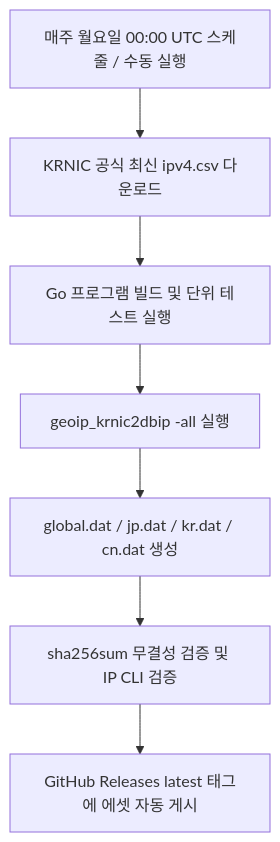
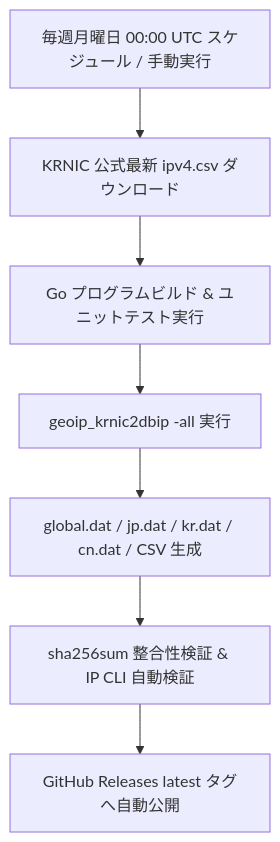
The diagram in README.md (elmitash/geoip_krnic2dbip), drawn with Mermaid before and after one commit. The commit also changed other lines of this file and 1 other file, not shown here.

````diff
--- a/README.md
+++ b/README.md
@@ -230,9 +240,9 @@
 ```mermaid
 graph TD
-    A[매주 월요일 00:00 UTC 스케줄 / 수동 실행] --> B[KRNIC 공식 최신 ipv4.csv 다운로드]
-    B --> C[Go 프로그램 빌드 및 단위 테스트 실행]
-    C --> D[geoip_krnic2dbip -all 실행]
-    D --> E[global.dat / jp.dat / kr.dat / cn.dat 생성]
-    E --> F[sha256sum 무결성 검증 및 IP CLI 검증]
-    F --> G[GitHub Releases latest 태그에 에셋 자동 게시]
+    A[毎週月曜日 00:00 UTC スケジュール / 手動実行] --> B[KRNIC 公式最新 ipv4.csv ダウンロード]
+    B --> C[Go プログラムビルド & ユニットテスト実行]
+    C --> D[geoip_krnic2dbip -all 実行]
+    D --> E[global.dat / jp.dat / kr.dat / cn.dat / CSV 生成]
+    E --> F[sha256sum 整合性検証 & IP CLI 自動検証]
+    F --> G[GitHub Releases latest タグへ自動公開]
 ```
````
